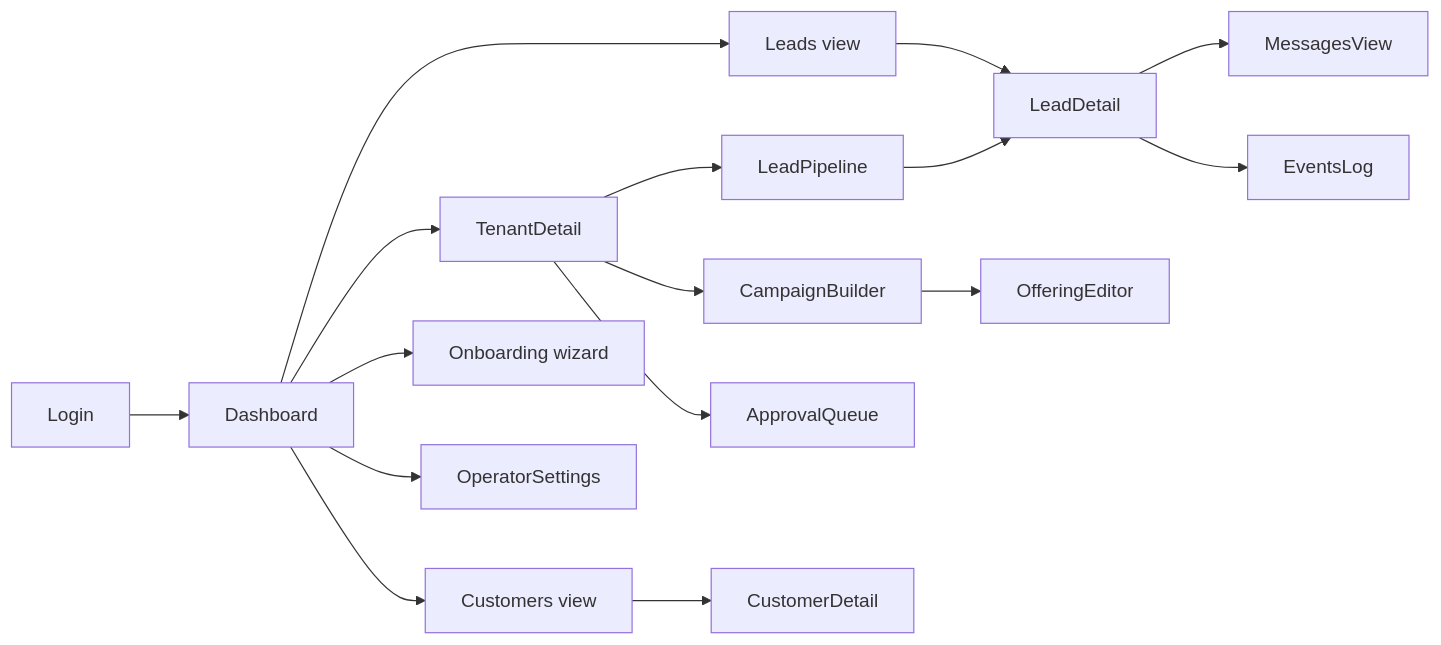
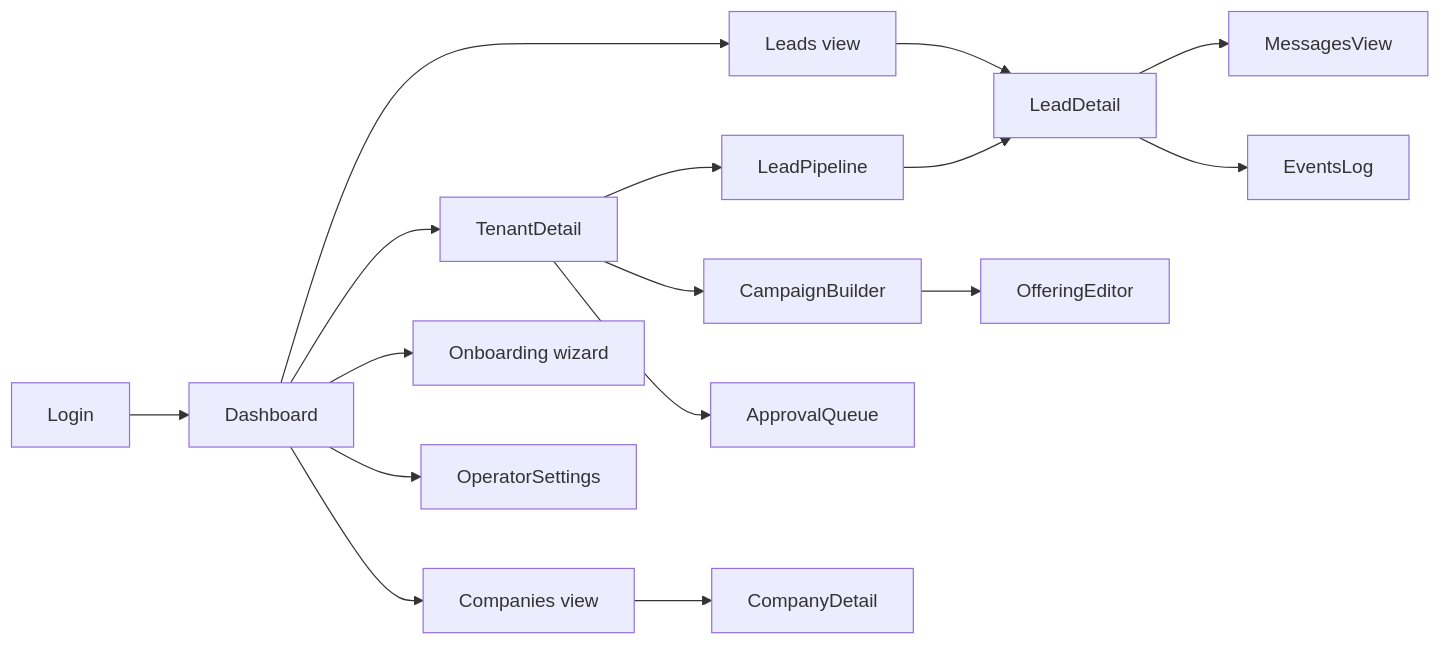
One commit to smallTechOrg/sales-agent changed the first of 3 diagrams in spec/product/11-ui-dashboard.md. Above: the diagram before and after it, drawn with Mermaid. The commit also changed other lines of this file and 66 other files, not shown here.

````diff
--- a/spec/product/11-ui-dashboard.md
+++ b/spec/product/11-ui-dashboard.md
@@ -79,18 +79,18 @@
 ```mermaid
 flowchart LR
     Login --> Dashboard
     Dashboard --> TenantDetail
     Dashboard --> LeadsGlobal["Leads view"]
-    Dashboard --> CustomersGlobal["Customers view"]
+    Dashboard --> CompaniesGlobal["Companies view"]
     Dashboard --> NewTenant["Onboarding wizard"]
     TenantDetail --> CampaignBuilder
     TenantDetail --> LeadPipeline
     TenantDetail --> ApprovalQueue
     LeadsGlobal --> LeadDetail
     LeadPipeline --> LeadDetail
-    CustomersGlobal --> CustomerDetail
+    CompaniesGlobal --> CompanyDetail
     CampaignBuilder --> OfferingEditor
     LeadDetail --> MessagesView
     LeadDetail --> EventsLog
     Dashboard --> OperatorSettings
 ```
````
